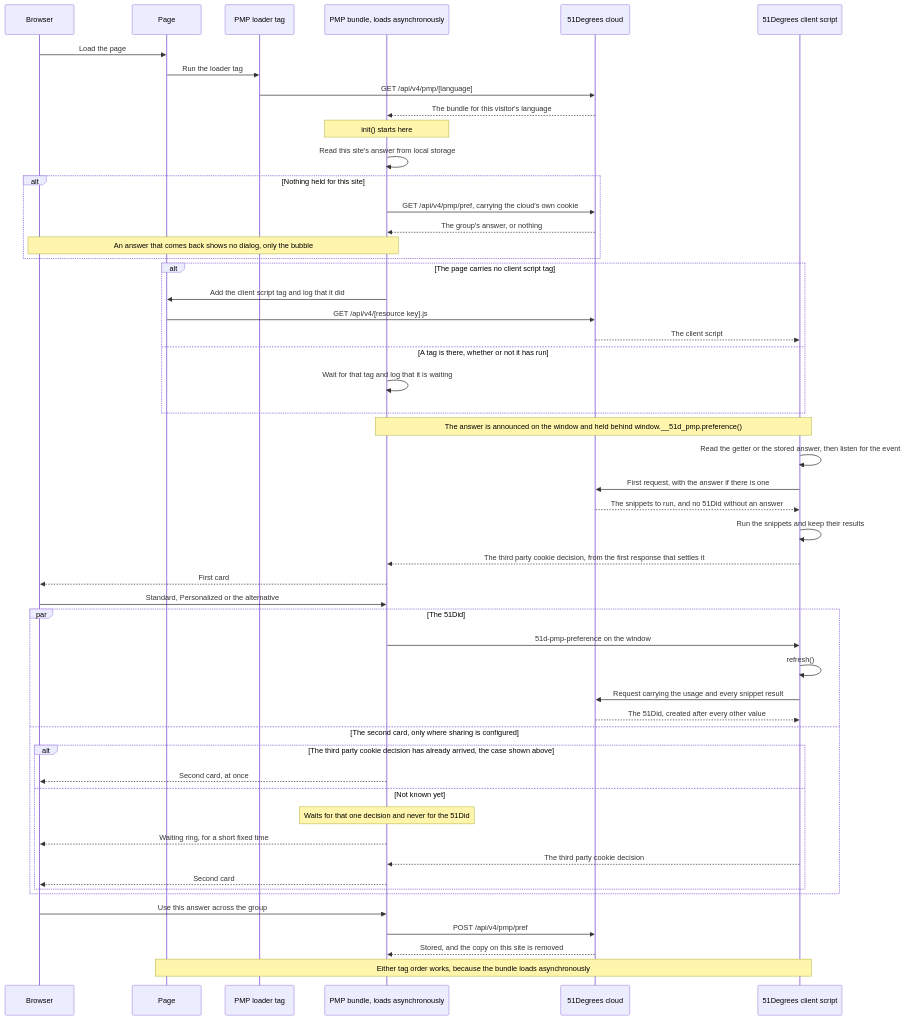
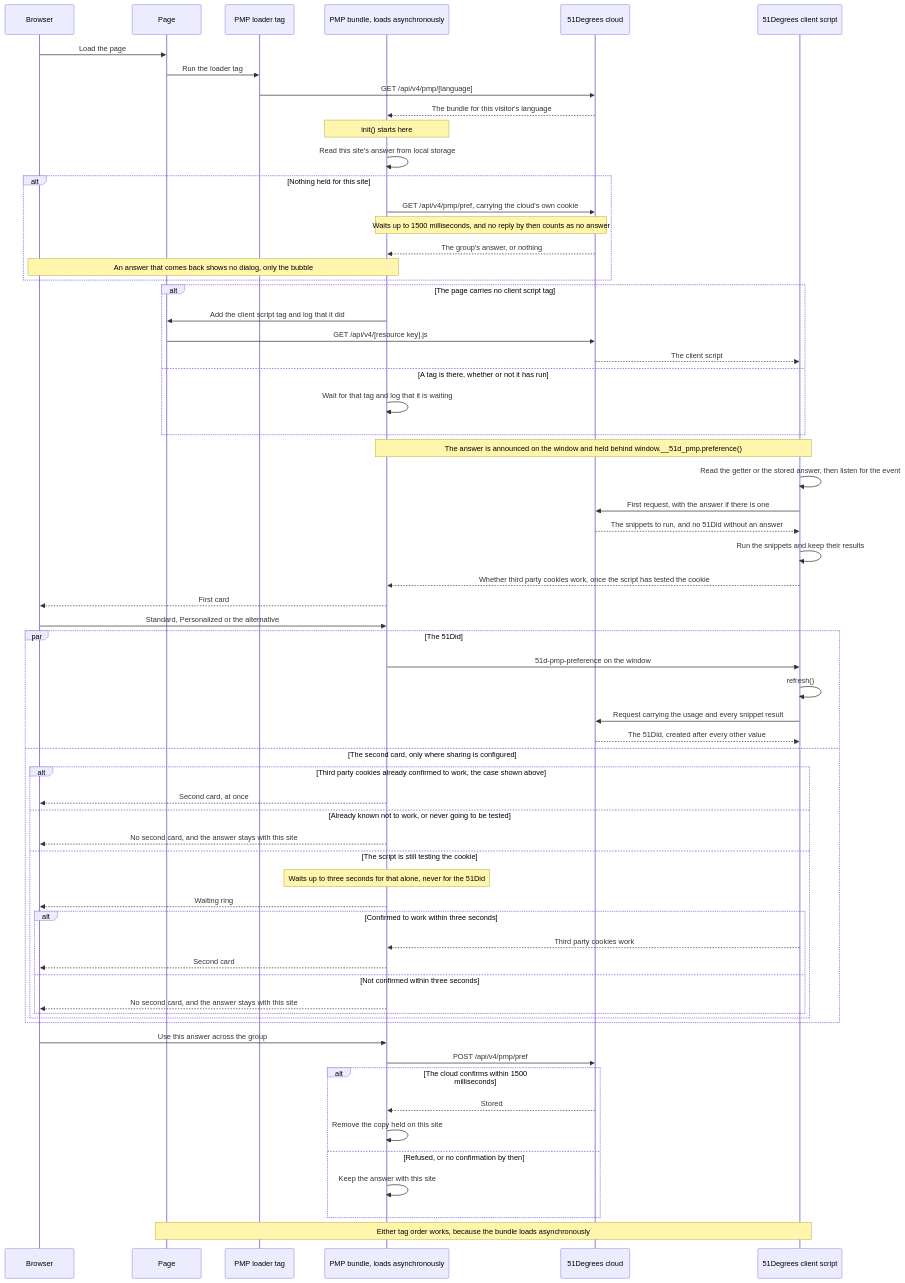
One commit to 51Degrees/documentation changed the diagram in src/identifiers/pmp/index.md. Above: the diagram before and after it, drawn with Mermaid. The commit also changed other lines of this file and 4 other files, not shown here.

````diff
--- a/src/identifiers/pmp/index.md
+++ b/src/identifiers/pmp/index.md
@@ -81,61 +82,73 @@
 ```mermaid
 sequenceDiagram
     participant Browser as Browser
     participant Page as Page
     participant Loader as PMP loader tag
     participant Bundle as PMP bundle, loads asynchronously
     participant Cloud as 51Degrees cloud
     participant Script as 51Degrees client script
 
     Browser->>Page: Load the page
     Page->>Loader: Run the loader tag
     Loader->>Cloud: GET /api/v4/pmp/[language]
     Cloud-->>Bundle: The bundle for this visitor's language
 
     Note over Bundle: init() starts here
     Bundle->>Bundle: Read this site's answer from local storage
     alt Nothing held for this site
         Bundle->>Cloud: GET /api/v4/pmp/pref, carrying the cloud's own cookie
+        Note over Bundle,Cloud: Waits up to 1500 milliseconds, and no reply by then counts as no answer
         Cloud-->>Bundle: The group's answer, or nothing
         Note over Browser,Bundle: An answer that comes back shows no dialog, only the bubble
     end
 
     alt The page carries no client script tag
         Bundle->>Page: Add the client script tag and log that it did
         Page->>Cloud: GET /api/v4/[resource key].js
         Cloud-->>Script: The client script
     else A tag is there, whether or not it has run
         Bundle->>Bundle: Wait for that tag and log that it is waiting
     end
 
     Note over Bundle,Script: The answer is announced on the window and held behind window.__51d_pmp.preference()
     Script->>Script: Read the getter or the stored answer, then listen for the event
     Script->>Cloud: First request, with the answer if there is one
     Cloud-->>Script: The snippets to run, and no 51Did without an answer
     Script->>Script: Run the snippets and keep their results
-    Script-->>Bundle: The third party cookie decision, from the first response that settles it
+    Script-->>Bundle: Whether third party cookies work, once the script has tested the cookie
 
     Bundle-->>Browser: First card
     Browser->>Bundle: Standard, Personalized or the alternative
     par The 51Did
         Bundle->>Script: 51d-pmp-preference on the window
         Script->>Script: refresh()
         Script->>Cloud: Request carrying the usage and every snippet result
         Cloud-->>Script: The 51Did, created after every other value
     and The second card, only where sharing is configured
-        alt The third party cookie decision has already arrived, the case shown above
+        alt Third party cookies already confirmed to work, the case shown above
             Bundle-->>Browser: Second card, at once
-        else Not known yet
-            Note over Bundle: Waits for that one decision and never for the 51Did
-            Bundle-->>Browser: Waiting ring, for a short fixed time
-            Script-->>Bundle: The third party cookie decision
-            Bundle-->>Browser: Second card
+        else Already known not to work, or never going to be tested
+            Bundle-->>Browser: No second card, and the answer stays with this site
+        else The script is still testing the cookie
+            Note over Bundle: Waits up to three seconds for that alone, never for the 51Did
+            Bundle-->>Browser: Waiting ring
+            alt Confirmed to work within three seconds
+                Script-->>Bundle: Third party cookies work
+                Bundle-->>Browser: Second card
+            else Not confirmed within three seconds
+                Bundle-->>Browser: No second card, and the answer stays with this site
+            end
         end
     end
 
     Browser->>Bundle: Use this answer across the group
     Bundle->>Cloud: POST /api/v4/pmp/pref
-    Cloud-->>Bundle: Stored, and the copy on this site is removed
+    alt The cloud confirms within 1500 milliseconds
+        Cloud-->>Bundle: Stored
+        Bundle->>Bundle: Remove the copy held on this site
+    else Refused, or no confirmation by then
+        Bundle->>Bundle: Keep the answer with this site
+    end
 
     Note over Page,Script: Either tag order works, because the bundle loads asynchronously
 ```
````
